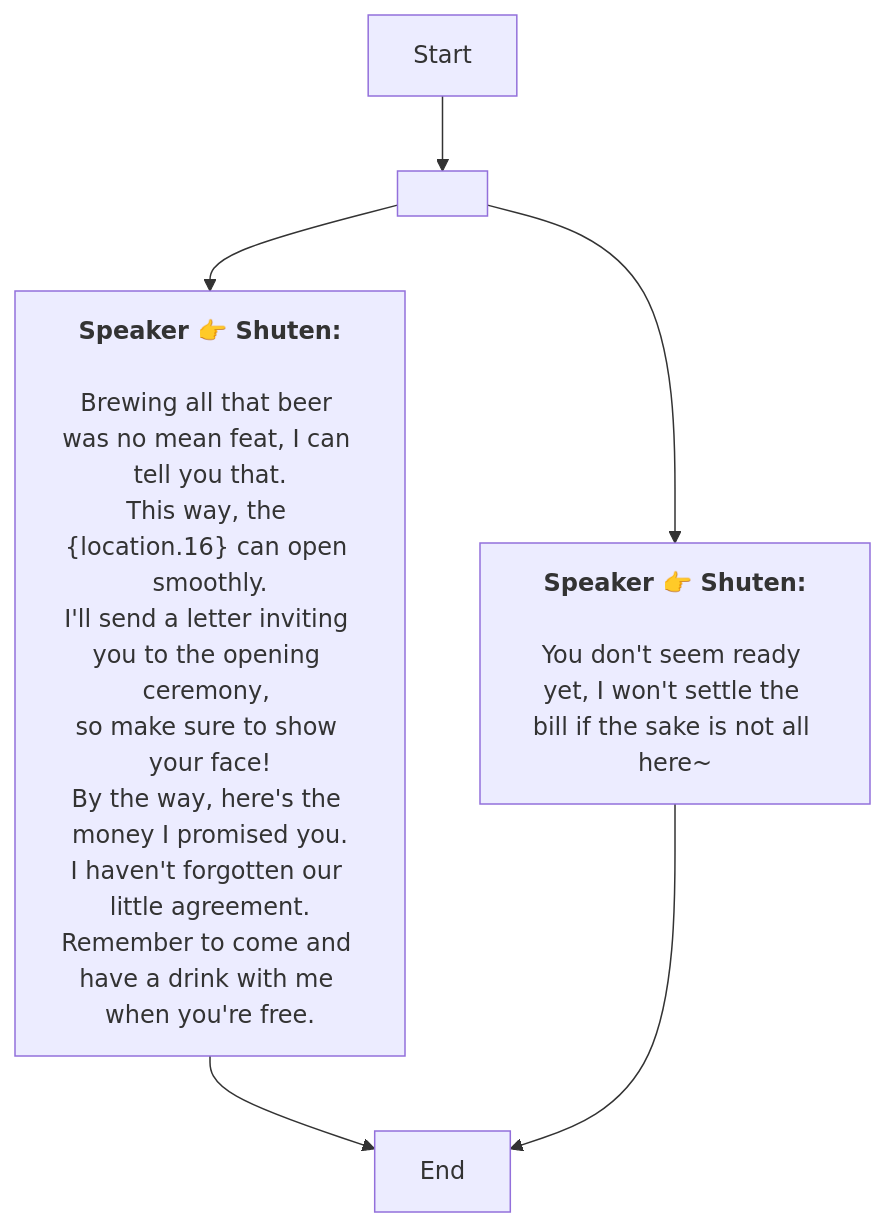
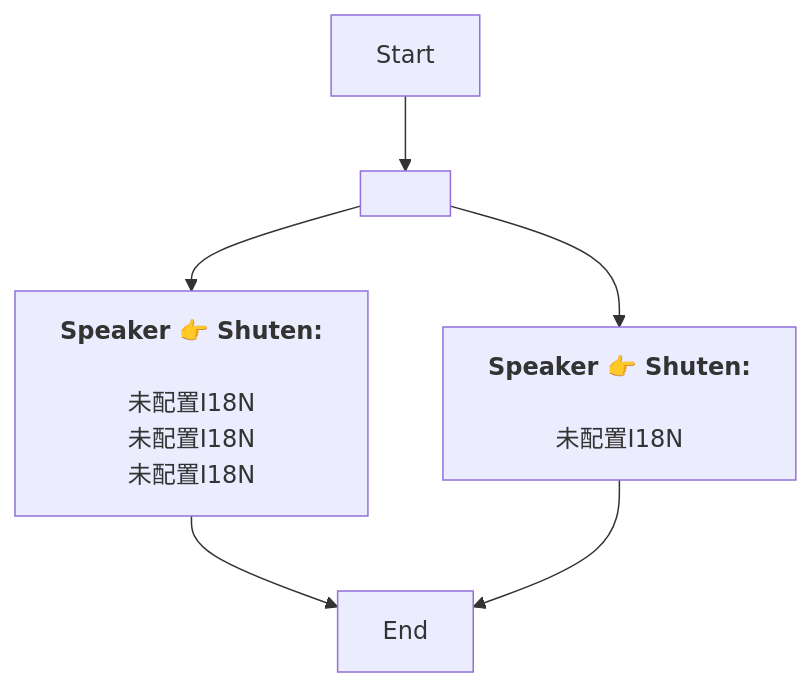
The diagram in En/QuestNPCDeliveryENode_1754566337748939.md (SoftHu/tos_avg), drawn with Mermaid before and after one commit. The commit also changed 730 other files, not shown here.

````diff
--- a/En/QuestNPCDeliveryENode_1754566337748939.md
+++ b/En/QuestNPCDeliveryENode_1754566337748939.md
@@ -1,15 +1,11 @@
 ```mermaid
 graph
 Start -->1756425564236300[ ]
 1756425564236300 -->1756425626679821[<b>Speaker 👉 Shuten:</b>
-\nYou don't seem ready yet, I won't settle the bill if the sake is not all here~]
+\n未配置I18N]
 1756425564236300 -->1754567477753818[<b>Speaker 👉 Shuten:</b>
-\nBrewing all that beer was no mean feat, I can tell you that.\nThis way, the &lbrace;location.16&rbrace; can open smoothly.
-I'll send a letter inviting you to the opening ceremony, 
-so make sure to show your face!\nBy the way, here's the money I promised you.
-I haven't forgotten our little agreement.
-Remember to come and have a drink with me when you're free.]
+\n未配置I18N\n未配置I18N\n未配置I18N]
 1754567477753818 -->1754567473346521[End]
 1756425626679821 -->1754567473346521[End]
 
 ```
````
